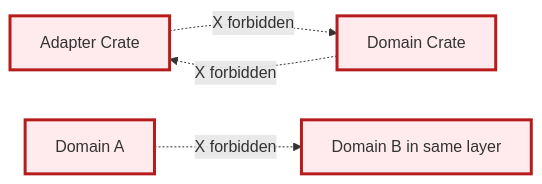
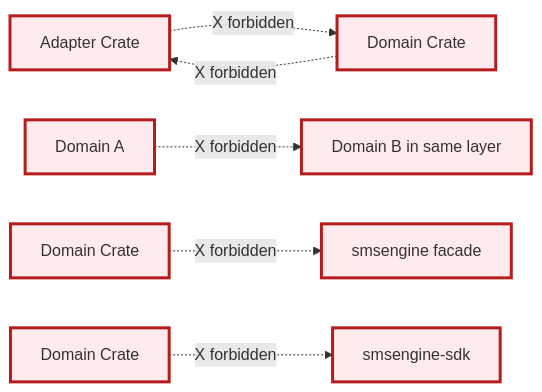
The second of 3 diagrams in docs/diagrams/dependency-map.md (beznet22/educore), drawn with Mermaid before and after one commit. The commit also changed other lines of this file and 233 other files, not shown here.

Commit message:
feat: initialize project structure with core crates, multi-engine storage support, and comprehensive architectural documentation

````diff
--- a/docs/diagrams/dependency-map.md
+++ b/docs/diagrams/dependency-map.md
@@ -157,9 +180,11 @@
 ```mermaid
 graph LR
     Adapter[Adapter Crate] -.X forbidden.-> Domain[Domain Crate]
     Domain -.X forbidden.-> Adapter
     DomainA[Domain A] -.X forbidden.-> DomainB[Domain B in same layer]
+    DomainAny[Domain Crate] -.X forbidden.-> Umbrella[smsengine facade]
+    DomainAny2[Domain Crate] -.X forbidden.-> Sdk[smsengine-sdk]
 
     classDef forbidden stroke:#b71c1c,stroke-width:3px,fill:#ffebee
-    class Adapter,Domain,DomainA,DomainB forbidden
+    class Adapter,Domain,DomainA,DomainB,DomainAny,DomainAny2,Umbrella,Sdk forbidden
 ```
````
